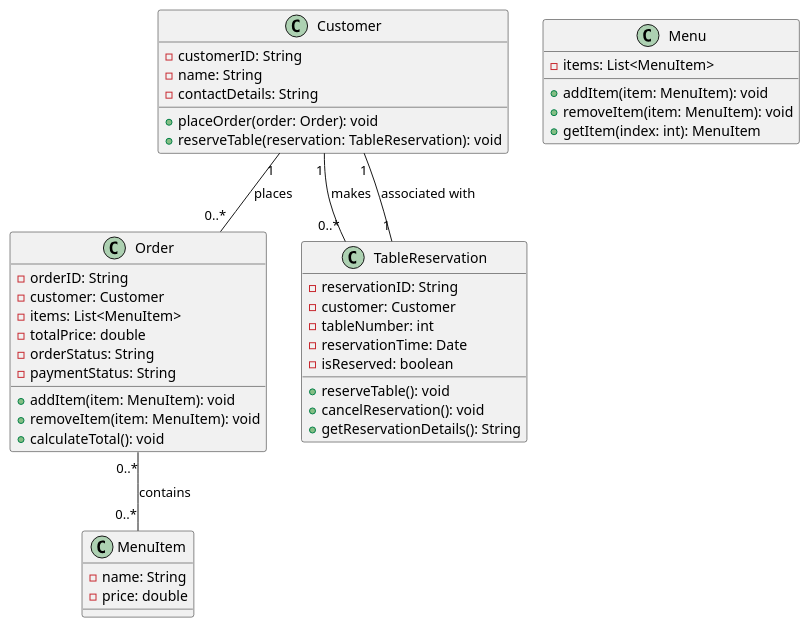
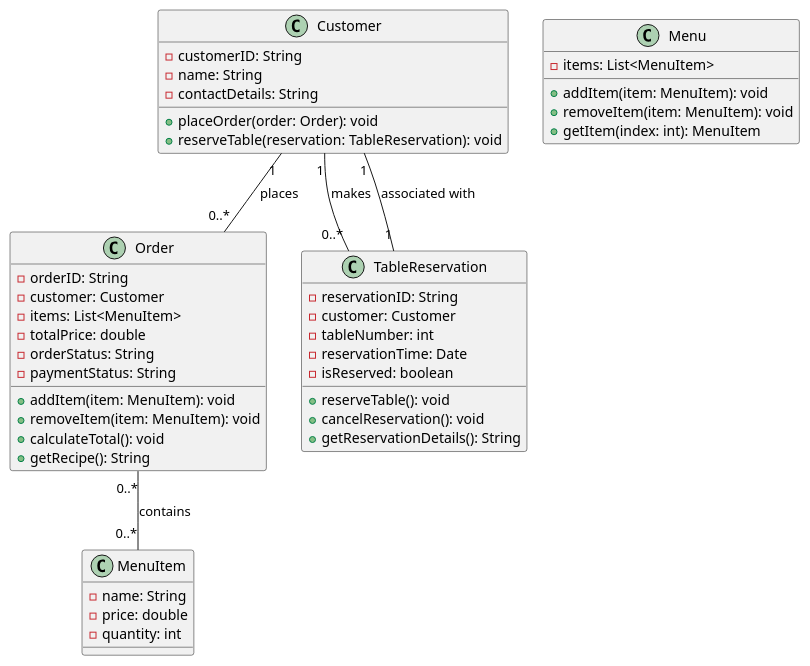
Before and after one commit to Soksan369/Dart-Project: the diagram in Restaurant-project/UML/Restaurant-Management-System.wsd, drawn with PlantUML. The commit also changed 2 other files, not shown here.

```diff
--- a/Restaurant-project/UML/Restaurant-Management-System.wsd
+++ b/Restaurant-project/UML/Restaurant-Management-System.wsd
@@ -1,51 +1,53 @@
 @startuml
 
 class MenuItem {
   -name: String
   -price: double
+  -quantity: int
 }
 
 class Customer {
   -customerID: String
   -name: String
   -contactDetails: String
   +placeOrder(order: Order): void
   +reserveTable(reservation: TableReservation): void
 }
 
 class Menu {
   -items: List<MenuItem>
   +addItem(item: MenuItem): void
   +removeItem(item: MenuItem): void
   +getItem(index: int): MenuItem
 }
 
 class Order {
   -orderID: String
   -customer: Customer
   -items: List<MenuItem>
   -totalPrice: double
   -orderStatus: String
   -paymentStatus: String
   +addItem(item: MenuItem): void
   +removeItem(item: MenuItem): void
   +calculateTotal(): void
+  +getRecipe(): String
 }
 
 class TableReservation {
   -reservationID: String
   -customer: Customer
   -tableNumber: int
   -reservationTime: Date
   -isReserved: boolean
   +reserveTable(): void
   +cancelReservation(): void
   +getReservationDetails(): String
 }
 
 Customer "1" -- "0..*" Order: places
 Customer "1" -- "0..*" TableReservation: makes
 Order "0..*" -- "0..*" MenuItem: contains
 TableReservation "1" -- "1" Customer: associated with
 
 @enduml
```
